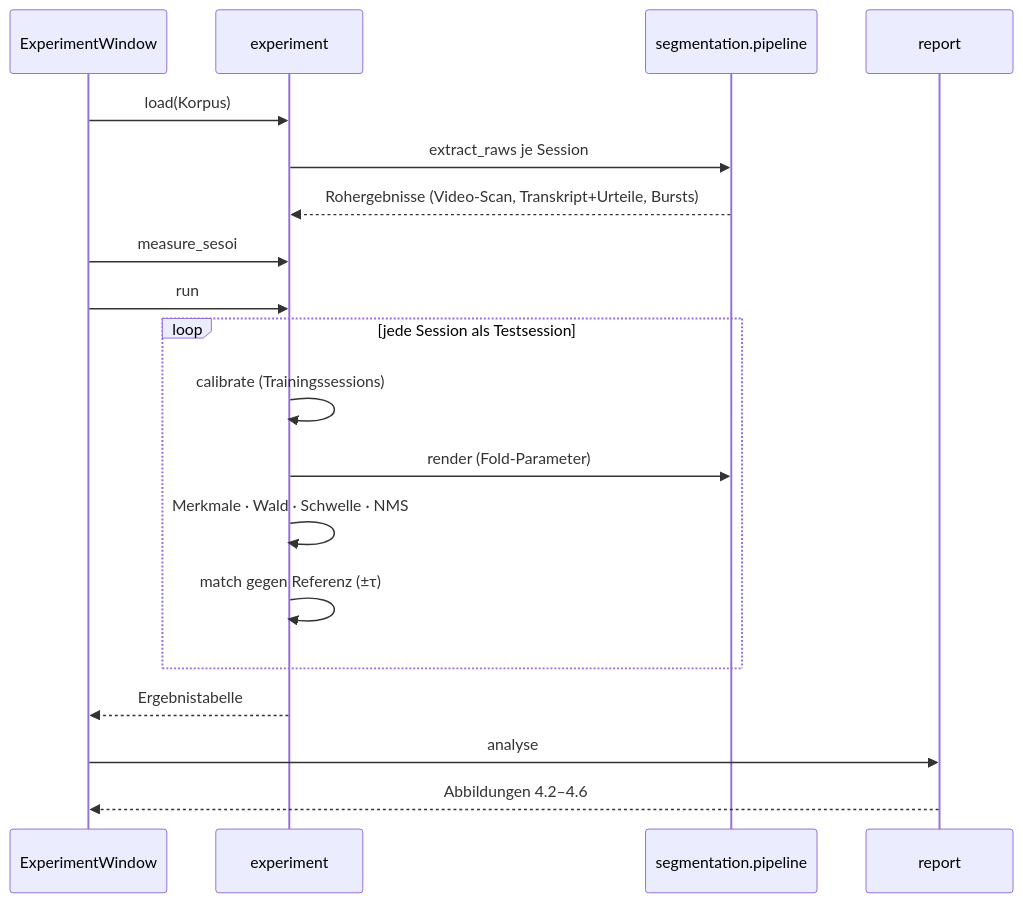
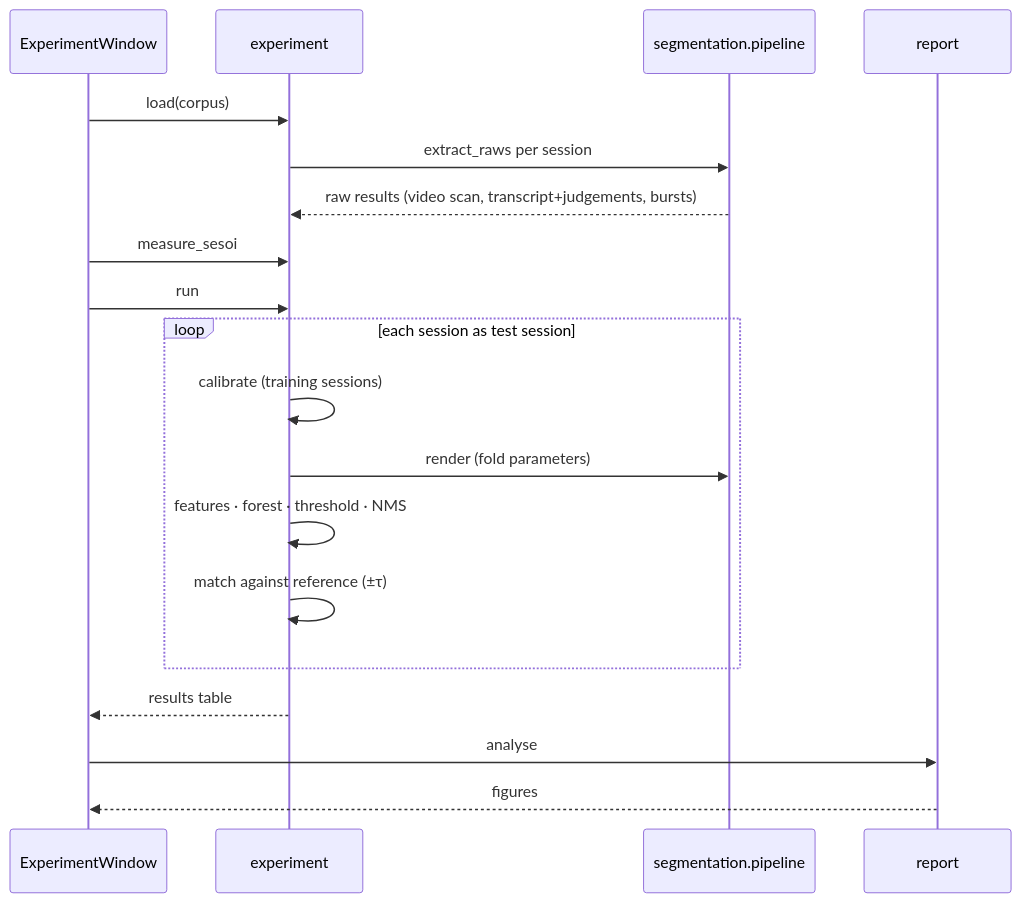
One commit to mueller-marcel/docu-pilot changed the second of 2 diagrams in docs/architecture/index.md. Above: the diagram before and after it, drawn with Mermaid. The commit also changed other lines of this file and 65 other files, not shown here.

````diff
--- a/docs/architecture/index.md
+++ b/docs/architecture/index.md
@@ -80,21 +80,21 @@
 ```{mermaid}
 sequenceDiagram
     participant W as ExperimentWindow
     participant X as experiment
     participant P as segmentation.pipeline
     participant R as report
-    W->>X: load(Korpus)
-    X->>P: extract_raws je Session
-    P-->>X: Rohergebnisse (Video-Scan, Transkript+Urteile, Bursts)
+    W->>X: load(corpus)
+    X->>P: extract_raws per session
+    P-->>X: raw results (video scan, transcript+judgements, bursts)
     W->>X: measure_sesoi
     W->>X: run
-    loop jede Session als Testsession
-        X->>X: calibrate (Trainingssessions)
-        X->>P: render (Fold-Parameter)
-        X->>X: Merkmale · Wald · Schwelle · NMS
-        X->>X: match gegen Referenz (±τ)
+    loop each session as test session
+        X->>X: calibrate (training sessions)
+        X->>P: render (fold parameters)
+        X->>X: features · forest · threshold · NMS
+        X->>X: match against reference (±τ)
     end
-    X-->>W: Ergebnistabelle
+    X-->>W: results table
     W->>R: analyse
-    R-->>W: Abbildungen 4.2–4.6
+    R-->>W: figures
 ```
````
